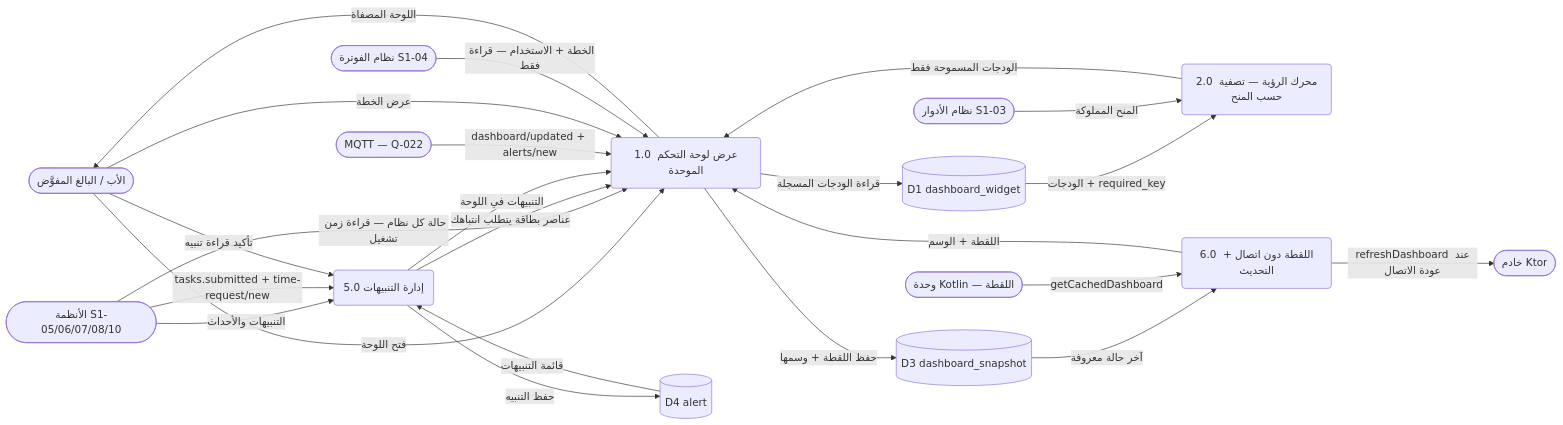
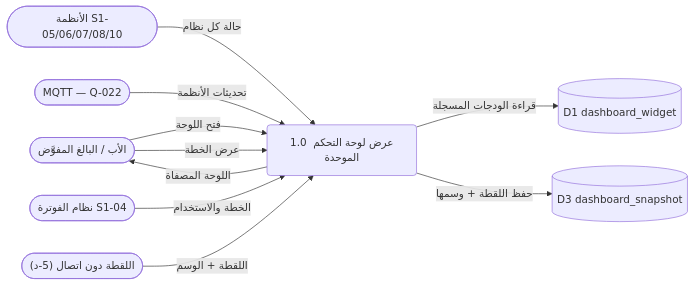
One commit to Bassam-mohammed-alqaeadi/family-os-v2 changed diagram 20 of 33 in docs/family-os/governance/phases/phase-1/S1-09-command-center-and-settings/DIAGRAMS.md. Above: the diagram before and after it, drawn with Mermaid. The commit also changed other lines of this file, not shown here.

````diff
--- a/docs/family-os/governance/phases/phase-1/S1-09-command-center-and-settings/DIAGRAMS.md
+++ b/docs/family-os/governance/phases/phase-1/S1-09-command-center-and-settings/DIAGRAMS.md
@@ -560,40 +729,20 @@
 ```mermaid
 flowchart LR
     Father([الأب / البالغ المفوَّض])
-    S103([نظام الأدوار S1-03])
     S104([نظام الفوترة S1-04])
     Systems([الأنظمة S1-05/06/07/08/10])
-    Kotlin([وحدة Kotlin — اللقطة])
     P1(1.0 عرض لوحة التحكم الموحدة)
-    P2(2.0 محرك الرؤية — تصفية حسب المنح)
-    P5(5.0 إدارة التنبيهات)
-    P6(6.0 اللقطة دون اتصال + التحديث)
     D1[(D1 dashboard_widget)]
     D3[(D3 dashboard_snapshot)]
-    D4[(D4 alert)]
-    Ktor([خادم Ktor])
     MQTT([MQTT — Q-022])
-
+    P6x(["اللقطة دون اتصال (5-د)"])
     Father -->|فتح اللوحة| P1
     P1 -->|قراءة الودجات المسجلة| D1
-    D1 -->|الودجات + required_key| P2
-    S103 -->|المنح المملوكة| P2
-    P2 -->|الودجات المسموحة فقط| P1
     P1 -->|اللوحة المصفاة| Father
-    Systems -->|حالة كل نظام — قراءة زمن تشغيل| P1
+    Systems -->|حالة كل نظام| P1
     P1 -->|حفظ اللقطة + وسمها| D3
-    D3 -->|آخر حالة معروفة| P6
-    Kotlin -->|getCachedDashboard| P6
-    P6 -->|اللقطة + الوسم| P1
-    P6 -->|refreshDashboard عند عودة الاتصال| Ktor
-    Systems -->|التنبيهات والأحداث| P5
-    Systems -->|tasks.submitted + time-request/new| P5
-    P5 -->|عناصر بطاقة يتطلب انتباهك| P1
-    P5 -->|حفظ التنبيه| D4
-    D4 -->|قائمة التنبيهات| P5
-    P5 -->|التنبيهات في اللوحة| P1
-    MQTT -->|dashboard/updated + alerts/new| P1
-    Father -->|تأكيد قراءة تنبيه| P5
+    MQTT -->|تحديثات الأنظمة| P1
     Father -->|عرض الخطة| P1
-    S104 -->|الخطة + الاستخدام — قراءة فقط| P1
+    S104 -->|الخطة والاستخدام| P1
+    P6x -->|اللقطة + الوسم| P1
 ```
````
